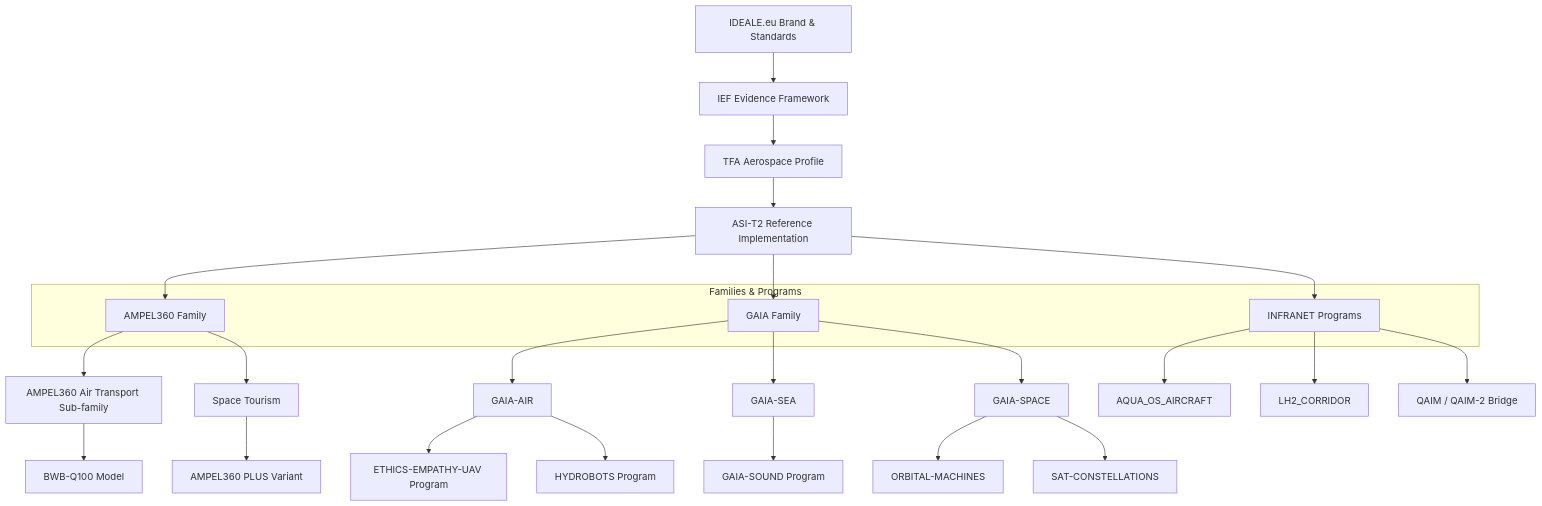
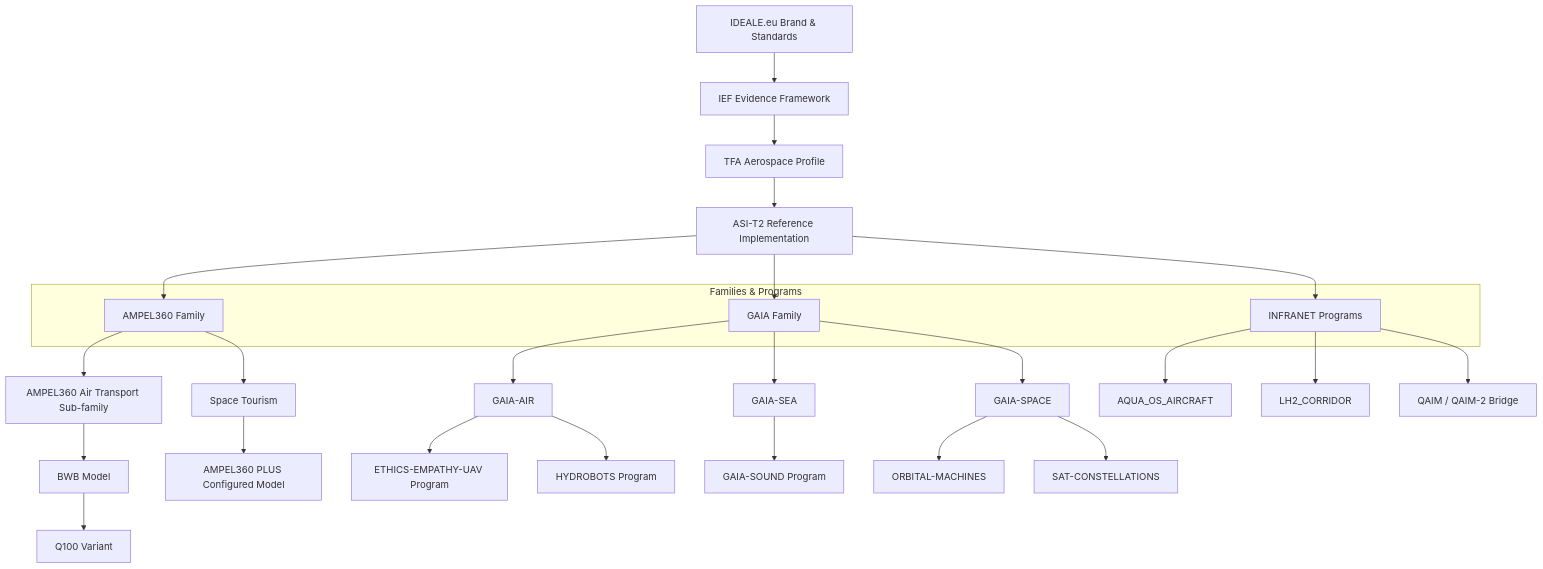
Before and after one commit to Robbbo-T/ASI-T2: the diagram in README.md, drawn with Mermaid. The commit also changed other lines of this file, not shown here.

`````diff
--- a/README.md
+++ b/README.md
@@ -82,38 +75,38 @@
 ```mermaid
 graph TD
   IDEALE[IDEALE.eu Brand & Standards]
   IEF[IEF Evidence Framework]
   TFA[TFA Aerospace Profile]
   ASI[ASI-T2 Reference Implementation]
 
   IDEALE --> IEF --> TFA --> ASI
 
   subgraph Families & Programs
     AMP[AMPEL360 Family]
     GAIA[GAIA Family]
     INFR[INFRANET Programs]
   end
 
   ASI --> AMP
   ASI --> GAIA
   ASI --> INFR
 
   AMP --> AT[AMPEL360 Air Transport Sub-family]
-  AT  --> BWB[BWB-Q100 Model]
+  AT  --> BWB[BWB Model]
+  BWB --> Q100[Q100 Variant]
   AMP --> ST[Space Tourism]
-  ST  --> PLUS[AMPEL360 PLUS Variant]
+  ST  --> PLUS[AMPEL360 PLUS Configured Model]
 
   GAIA --> GAIR[GAIA-AIR]
   GAIR --> EEUV[ETHICS-EMPATHY-UAV Program]
   GAIR --> HYD[HYDROBOTS Program]
   GAIA --> GSEA[GAIA-SEA]
   GSEA --> SOUND[GAIA-SOUND Program]
   GAIA --> GSPACE[GAIA-SPACE]
   GSPACE --> ORB[ORBITAL-MACHINES]
   GSPACE --> SAT[SAT-CONSTELLATIONS]
 
   INFR --> AQUA[AQUA_OS_AIRCRAFT]
   INFR --> LH2[LH2_CORRIDOR]
   INFR --> QAIM[QAIM / QAIM-2 Bridge]
-
-````
+```
`````
